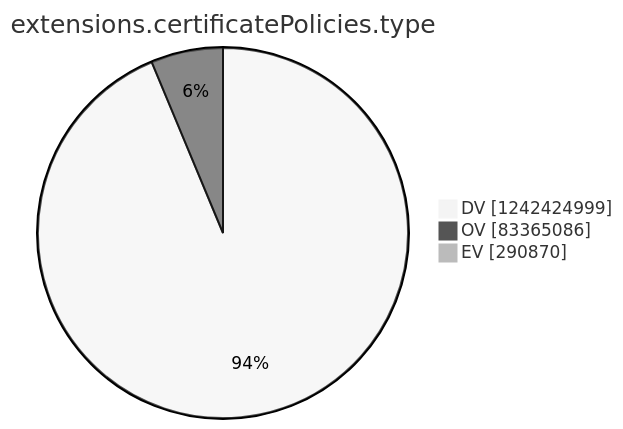
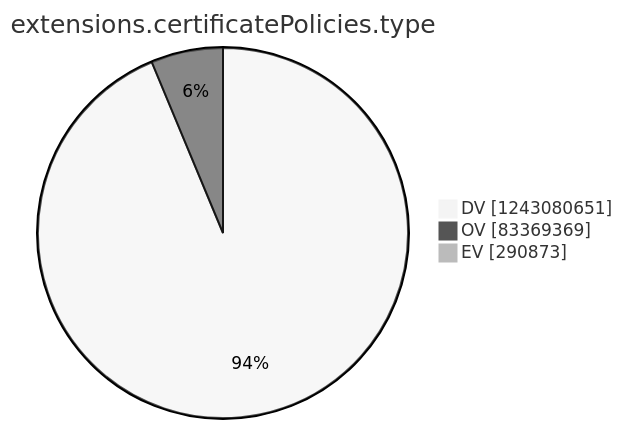
One commit to christiankrug/ctmonitor_visualization changed the tenth of 15 diagrams in argon2022/README.md. Above: the diagram before and after it, drawn with Mermaid (neutral theme). The commit also changed other lines of this file, not shown here.

````diff
--- a/argon2022/README.md
+++ b/argon2022/README.md
@@ -2771,7 +2771,7 @@
 ```mermaid
 pie showData
 title extensions.certificatePolicies.type
-"DV" :1242424999
-"OV" :83365086
-"EV" :290870
+"DV" :1243080651
+"OV" :83369369
+"EV" :290873
 ```
````
